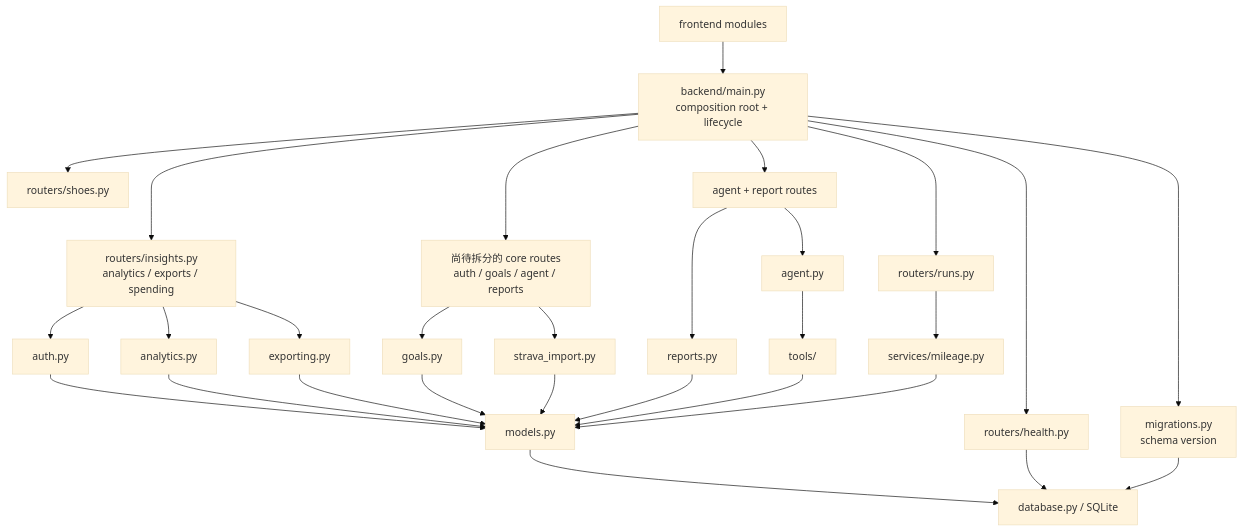
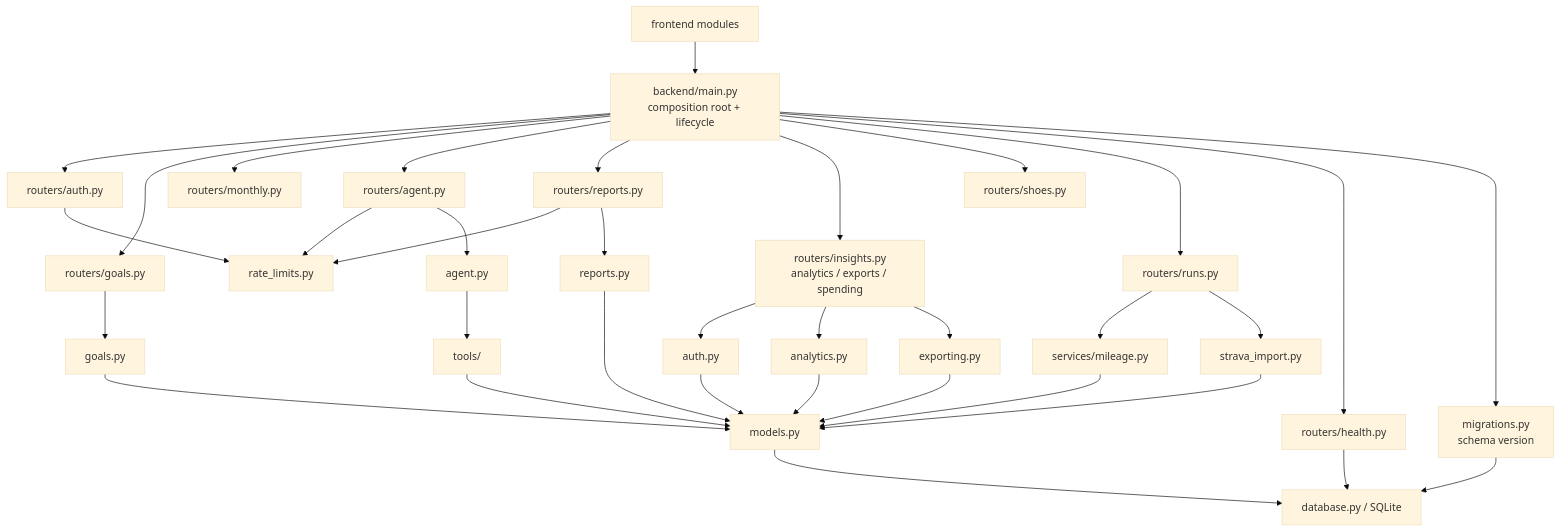
Before and after one commit to Teng91/running-shoes: the second of 3 diagrams in docs/architecture.md, drawn with Mermaid (base theme). The commit also changed other lines of this file and 31 other files, not shown here.

````diff
--- a/docs/architecture.md
+++ b/docs/architecture.md
@@ -28,34 +28,40 @@
 ```mermaid
 flowchart TB
     Browser[frontend modules] --> Main[backend/main.py<br/>composition root + lifecycle]
 
-    Main --> Core[尚待拆分的 core routes<br/>auth / goals / agent / reports]
+    Main --> AuthRoutes[routers/auth.py]
+    Main --> GoalRoutes[routers/goals.py]
+    Main --> MonthlyRoutes[routers/monthly.py]
+    Main --> AgentRoutes[routers/agent.py]
+    Main --> ReportRoutes[routers/reports.py]
     Main --> Insights[routers/insights.py<br/>analytics / exports / spending]
     Main --> Shoes[routers/shoes.py]
     Main --> Runs[routers/runs.py]
     Main --> Health[routers/health.py]
     Runs --> Mileage[services/mileage.py]
-    Main --> AI[agent + report routes]
+    AuthRoutes --> Limits[rate_limits.py]
+    AgentRoutes --> Limits
+    ReportRoutes --> Limits
+    AgentRoutes --> AI[agent.py]
+    ReportRoutes --> Reports[reports.py]
 
     Insights --> Auth[auth.py]
     Insights --> Analytics[analytics.py]
     Insights --> Exporting[exporting.py]
-    Core --> Goals[goals.py]
-    Core --> Strava[strava_import.py]
-    AI --> Agent[agent.py]
-    AI --> Reports[reports.py]
-    Agent --> Tools[tools/]
+    GoalRoutes --> Goals[goals.py]
+    Runs --> Strava[strava_import.py]
+    AI --> Tools[tools/]
 
     Auth --> Models[models.py]
     Analytics --> Models
     Exporting --> Models
     Goals --> Models
     Strava --> Models
     Reports --> Models
     Tools --> Models
     Mileage --> Models
     Models --> Database[database.py / SQLite]
     Main --> Migrations[migrations.py<br/>schema version]
     Health --> Database
     Migrations --> Database
 ```
````
